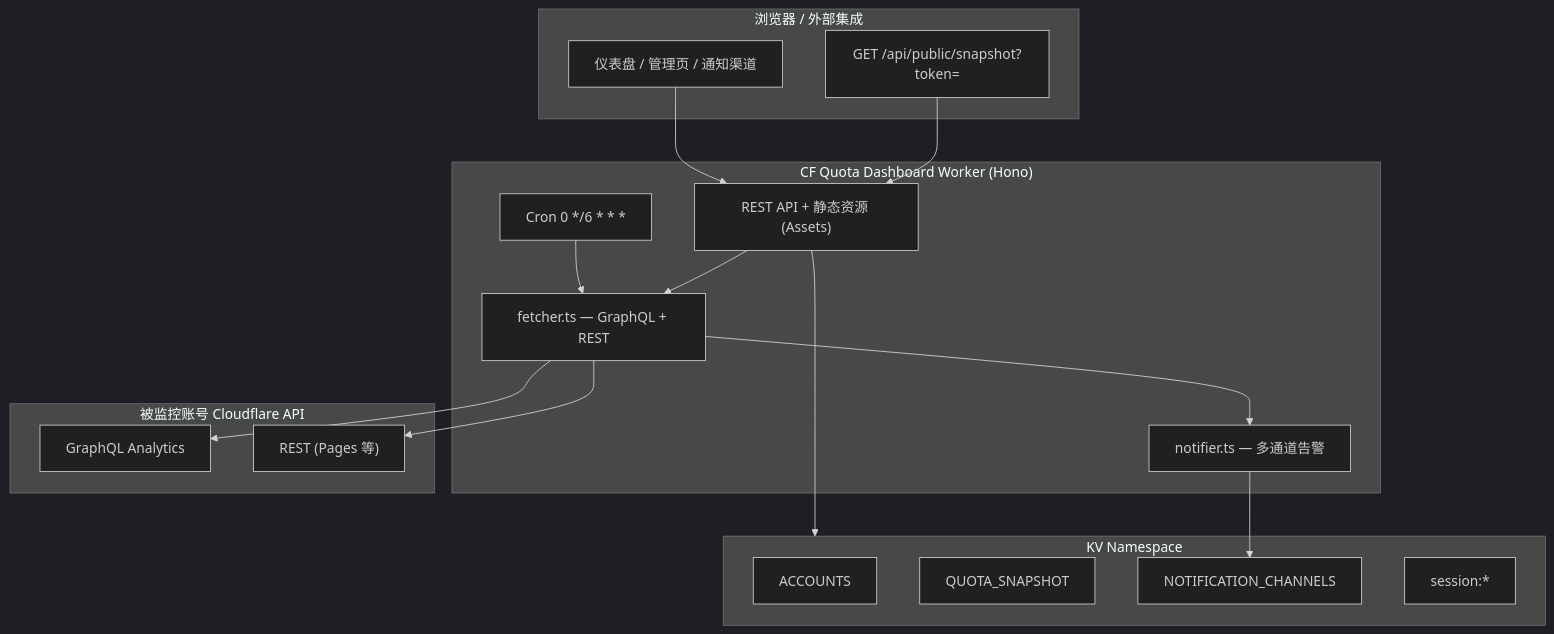
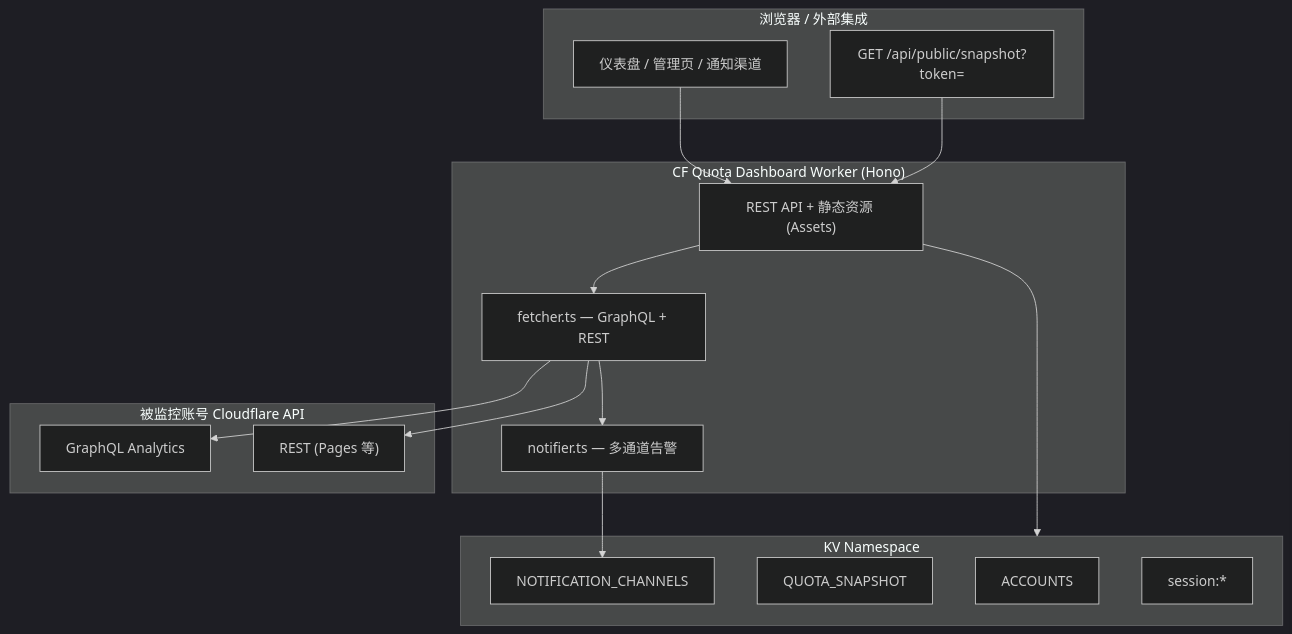
One commit to jia0327/CF-Quota-Dashboard changed the diagram in README.md. Above: the diagram before and after it, drawn with Mermaid (dark theme). The commit also changed other lines of this file and 14 other files, not shown here.

````diff
--- a/README.md
+++ b/README.md
@@ -22,36 +26,34 @@
 ```mermaid
 flowchart TB
   subgraph Client["浏览器 / 外部集成"]
     UI["仪表盘 / 管理页 / 通知渠道"]
     PubAPI["GET /api/public/snapshot?token="]
   end
 
   subgraph Worker["CF Quota Dashboard Worker (Hono)"]
     API["REST API + 静态资源 (Assets)"]
-    Cron["Cron 0 */6 * * *"]
     Fetch["fetcher.ts — GraphQL + REST"]
     Notify["notifier.ts — 多通道告警"]
   end
 
   subgraph KV["KV Namespace"]
     ACC["ACCOUNTS"]
     SNAP["QUOTA_SNAPSHOT"]
     CH["NOTIFICATION_CHANNELS"]
     SESS["session:*"]
   end
 
   subgraph CF["被监控账号 Cloudflare API"]
     GQL["GraphQL Analytics"]
     REST["REST (Pages 等)"]
   end
 
   UI --> API
   PubAPI --> API
-  Cron --> Fetch
   API --> Fetch
   Fetch --> GQL
   Fetch --> REST
   API --> KV
   Fetch --> Notify
   Notify --> CH
 ```
````
